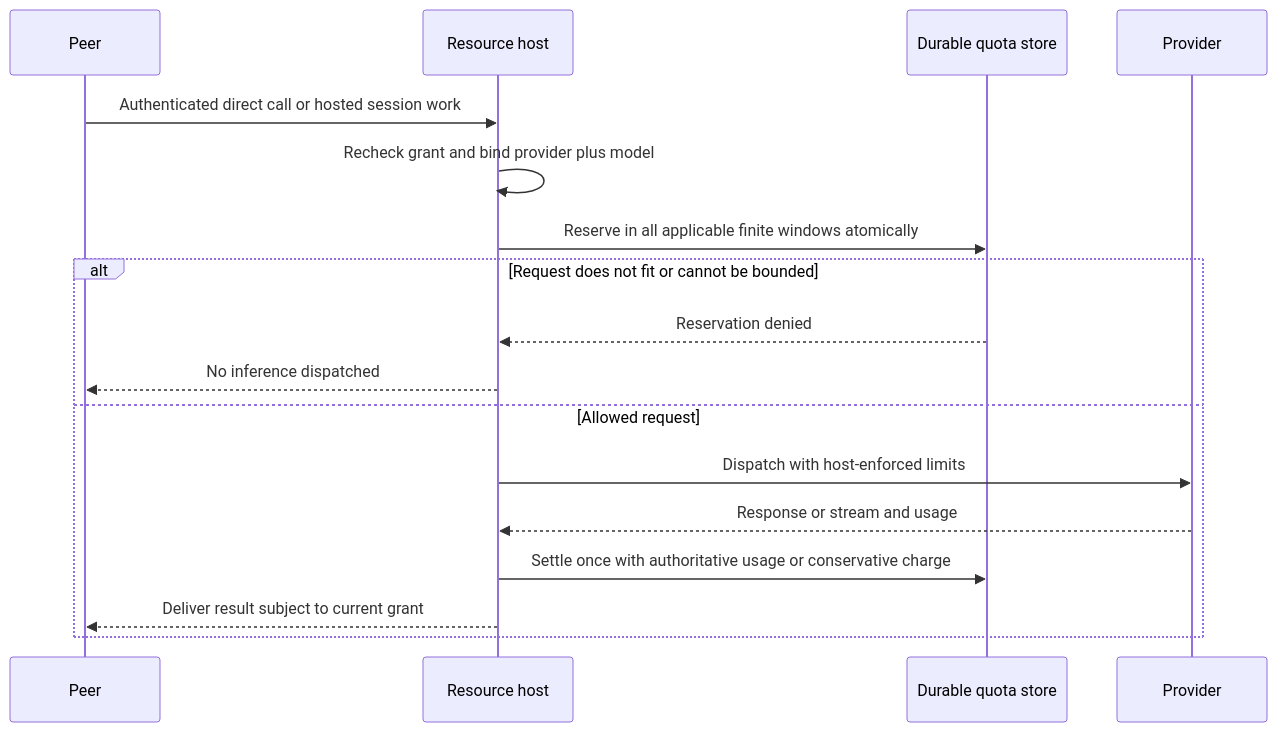
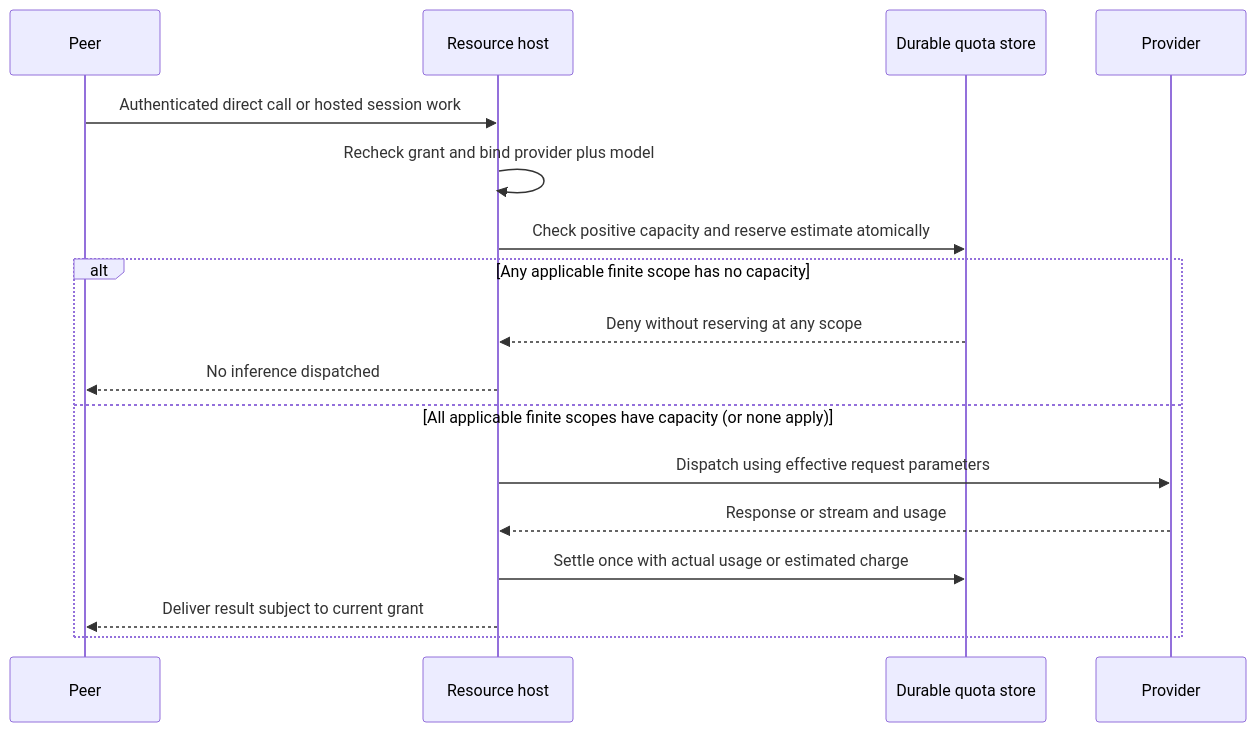
The diagram in openspec/changes/add-mesh-peer-access/design.md (querymt/querymt), drawn with Mermaid before and after one commit. The commit also changed other lines of this file and 3 other files, not shown here.

Commit message:
docs(mesh): specify estimate-based finite quotas

````diff
--- a/openspec/changes/add-mesh-peer-access/design.md
+++ b/openspec/changes/add-mesh-peer-access/design.md
@@ -50,19 +50,19 @@
 ```mermaid
 sequenceDiagram
     participant P as Peer
     participant H as Resource host
     participant Q as Durable quota store
     participant M as Provider
     P->>H: Authenticated direct call or hosted session work
     H->>H: Recheck grant and bind provider plus model
-    H->>Q: Reserve in all applicable finite windows atomically
-    alt Request does not fit or cannot be bounded
-        Q-->>H: Reservation denied
+    H->>Q: Check positive capacity and reserve estimate atomically
+    alt Any applicable finite scope has no capacity
+        Q-->>H: Deny without reserving at any scope
         H-->>P: No inference dispatched
-    else Allowed request
-        H->>M: Dispatch with host-enforced limits
+    else All applicable finite scopes have capacity (or none apply)
+        H->>M: Dispatch using effective request parameters
         M-->>H: Response or stream and usage
-        H->>Q: Settle once with authoritative usage or conservative charge
+        H->>Q: Settle once with actual usage or estimated charge
         H-->>P: Deliver result subject to current grant
     end
 ```
````
